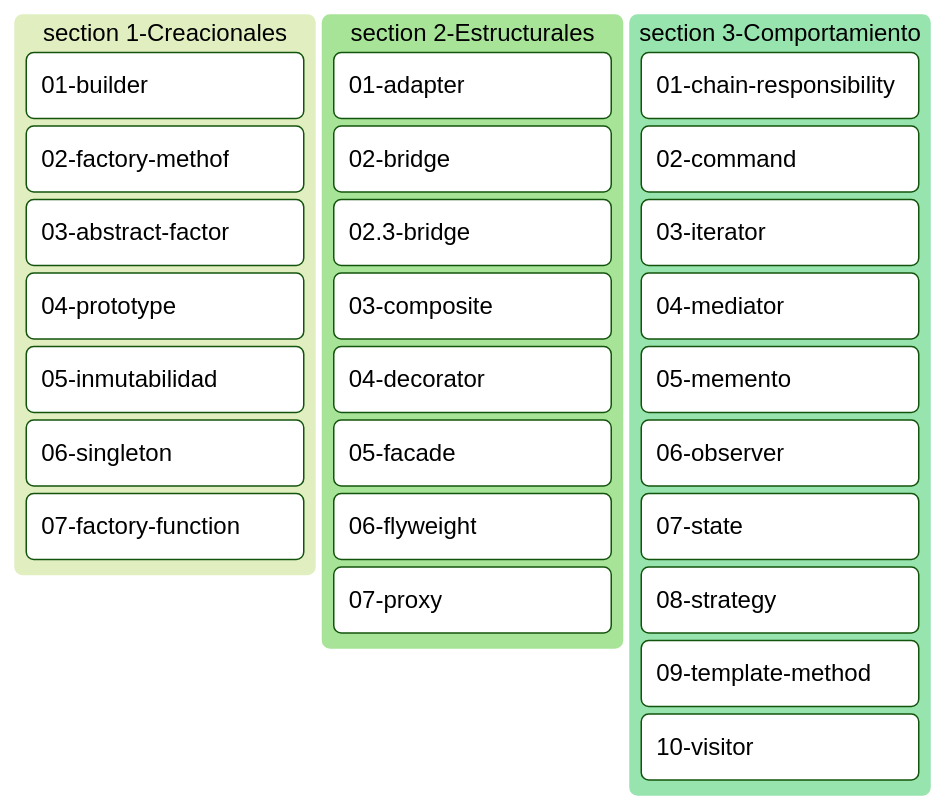
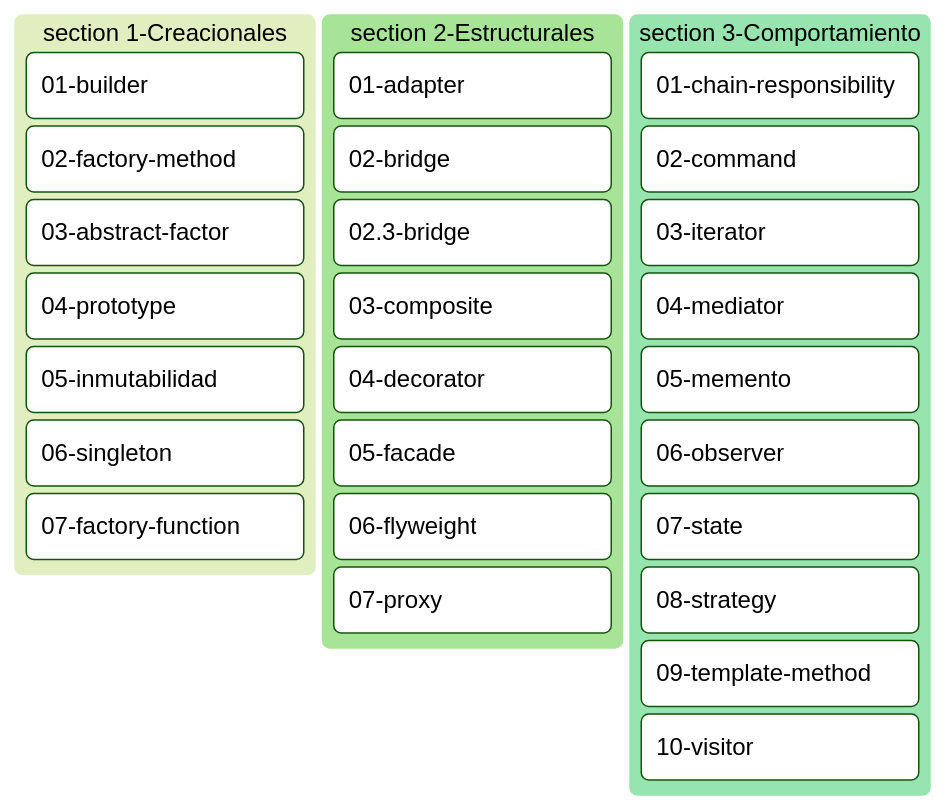
Before and after one commit to sdsanchezm/design-patterns-all: the diagram in README.md, drawn with Mermaid (forest theme). The commit also changed 3 other files, not shown here.

```diff
--- a/README.md
+++ b/README.md
@@ -7,33 +7,33 @@
 ~~~mermaid
 kanban
     section 1-Creacionales
       01-builder
-      02-factory-methof
+      02-factory-method
       03-abstract-factor
       04-prototype
       05-inmutabilidad
       06-singleton
       07-factory-function
 
     section 2-Estructurales
       01-adapter
       02-bridge
       02.3-bridge
       03-composite
       04-decorator
       05-facade
       06-flyweight
       07-proxy
 
     section 3-Comportamiento
       01-chain-responsibility
       02-command
       03-iterator
       04-mediator
       05-memento
       06-observer
       07-state
       08-strategy
       09-template-method
       10-visitor
 ~~~
```
